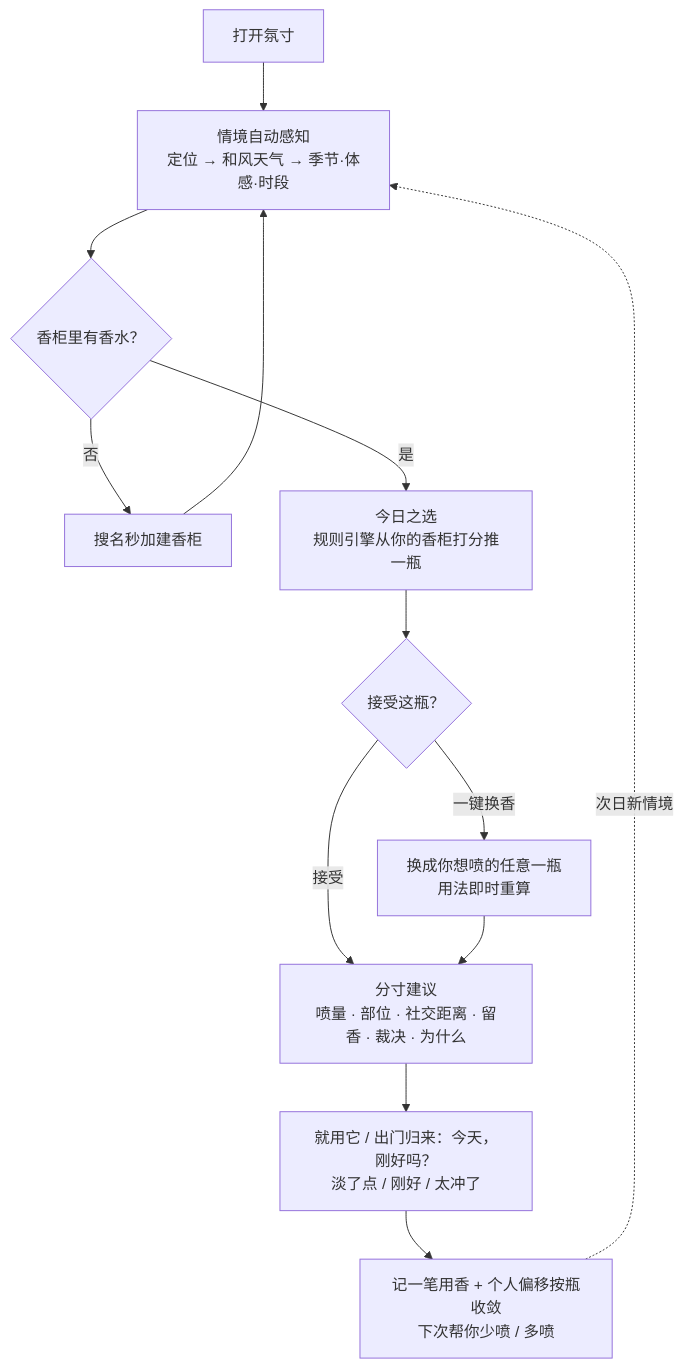
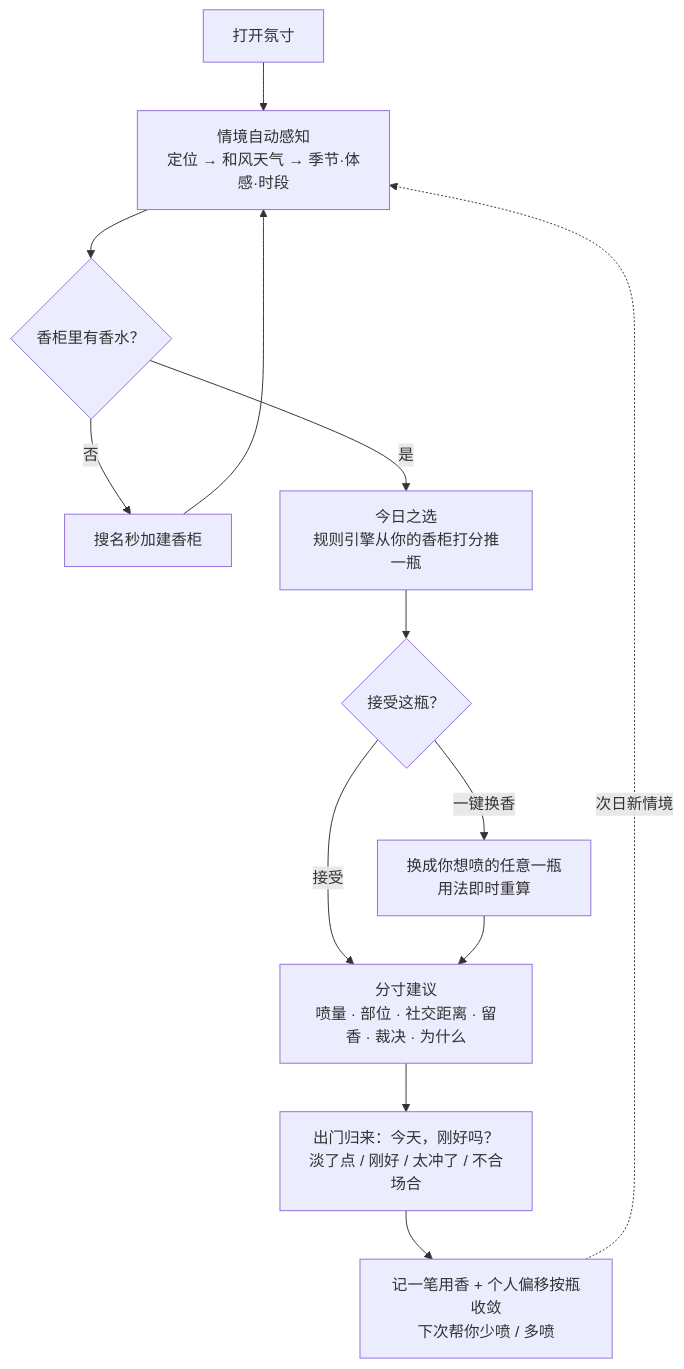
One commit to MrBaoboer/FenCun changed the first of 5 diagrams in docs/氛寸-产品方案.md. Above: the diagram before and after it, drawn with Mermaid. The commit also changed other lines of this file and 105 other files, not shown here.

````diff
--- a/docs/氛寸-产品方案.md
+++ b/docs/氛寸-产品方案.md
@@ -122,15 +122,15 @@
 ```mermaid
 flowchart TD
     A["打开氛寸"] --> B["情境自动感知<br/>定位 → 和风天气 → 季节·体感·时段"]
     B --> C{"香柜里有香水？"}
     C -->|否| D["搜名秒加建香柜"]
     D --> B
     C -->|是| E["今日之选<br/>规则引擎从你的香柜打分推一瓶"]
     E --> F{"接受这瓶？"}
     F -->|接受| G["分寸建议<br/>喷量 · 部位 · 社交距离 · 留香 · 裁决 · 为什么"]
     F -->|一键换香| H["换成你想喷的任意一瓶<br/>用法即时重算"]
     H --> G
-    G --> I["就用它 / 出门归来：今天，刚好吗？<br/>淡了点 / 刚好 / 太冲了"]
+    G --> I["出门归来：今天，刚好吗？<br/>淡了点 / 刚好 / 太冲了 / 不合场合"]
     I --> J["记一笔用香 + 个人偏移按瓶收敛<br/>下次帮你少喷 / 多喷"]
     J -. 次日新情境 .-> B
 ```
````
